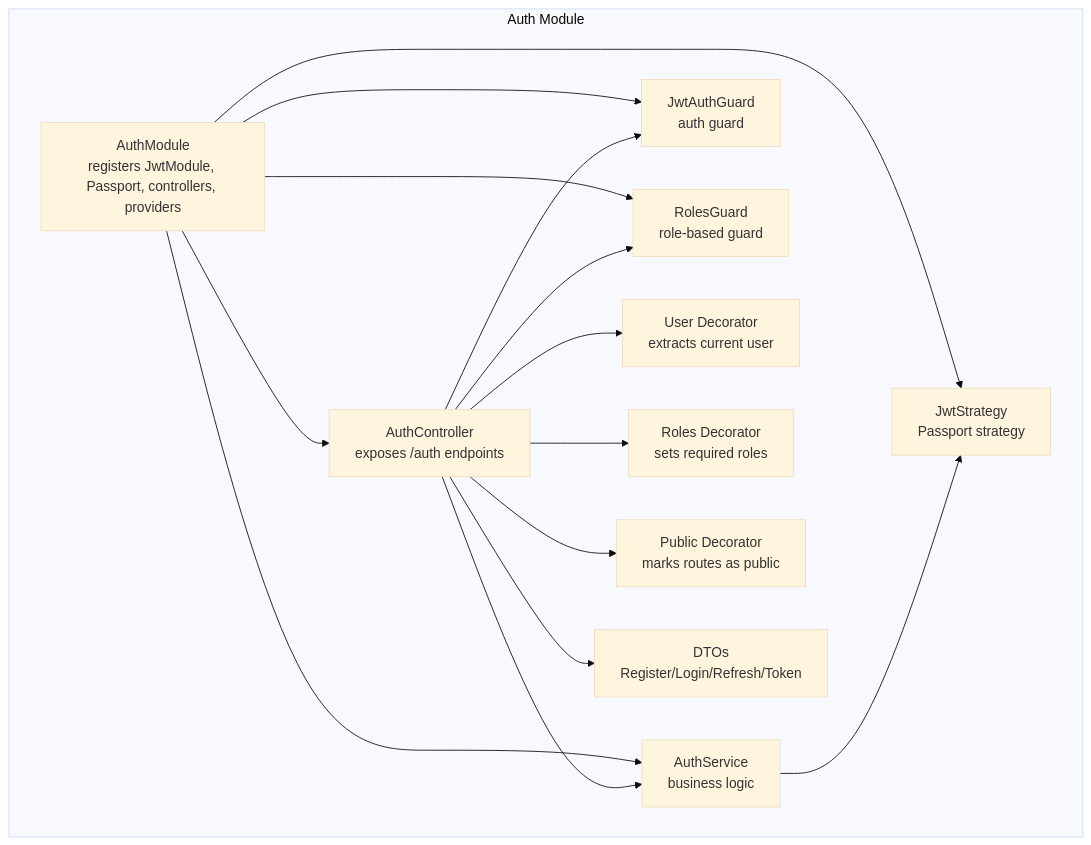
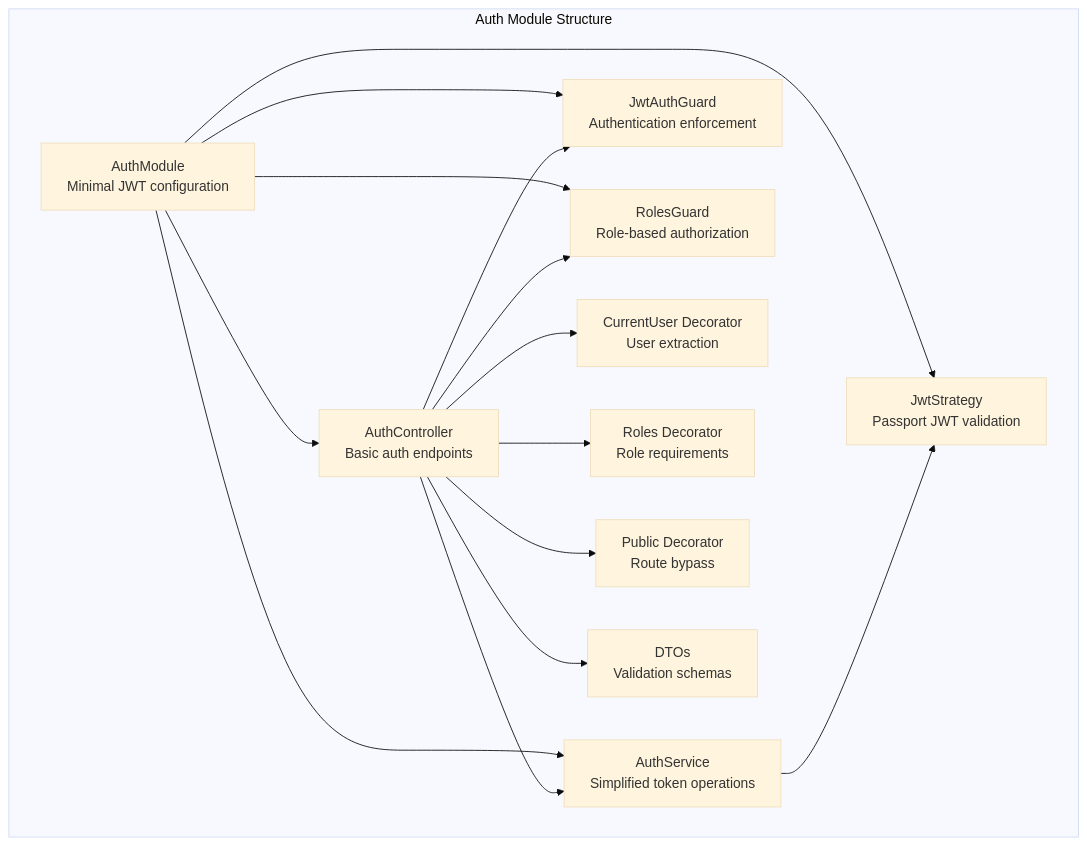
The first of 8 diagrams in .qoder/repowiki/en/content/Core Modules/Authentication Module.md (Avi-Bendetsky/Quiz-to-build), drawn with Mermaid (base theme) before and after one commit. The commit also changed other lines of this file and 41 other files, not shown here.

````diff
--- a/.qoder/repowiki/en/content/Core Modules/Authentication Module.md
+++ b/.qoder/repowiki/en/content/Core Modules/Authentication Module.md
@@ -47,28 +51,28 @@
 ```mermaid
 graph TB
-subgraph "Auth Module"
-AM["AuthModule<br/>registers JwtModule, Passport, controllers, providers"]
-AC["AuthController<br/>exposes /auth endpoints"]
-AS["AuthService<br/>business logic"]
-JS["JwtStrategy<br/>Passport strategy"]
-JAG["JwtAuthGuard<br/>auth guard"]
-RG["RolesGuard<br/>role-based guard"]
-UD["User Decorator<br/>extracts current user"]
-RD["Roles Decorator<br/>sets required roles"]
-PD["Public Decorator<br/>marks routes as public"]
-DTO["DTOs<br/>Register/Login/Refresh/Token"]
+subgraph "Auth Module Structure"
+AM["AuthModule<br/>Minimal JWT configuration"]
+AC["AuthController<br/>Basic auth endpoints"]
+AS["AuthService<br/>Simplified token operations"]
+JS["JwtStrategy<br/>Passport JWT validation"]
+JAG["JwtAuthGuard<br/>Authentication enforcement"]
+RG["RolesGuard<br/>Role-based authorization"]
+UD["CurrentUser Decorator<br/>User extraction"]
+RD["Roles Decorator<br/>Role requirements"]
+PD["Public Decorator<br/>Route bypass"]
+DTO["DTOs<br/>Validation schemas"]
 end
 AM --> AC
 AM --> AS
 AM --> JS
 AM --> JAG
 AM --> RG
 AC --> AS
 AS --> JS
 AC --> JAG
 AC --> RG
 AC --> UD
 AC --> RD
 AC --> PD
 AC --> DTO
 ```
````
